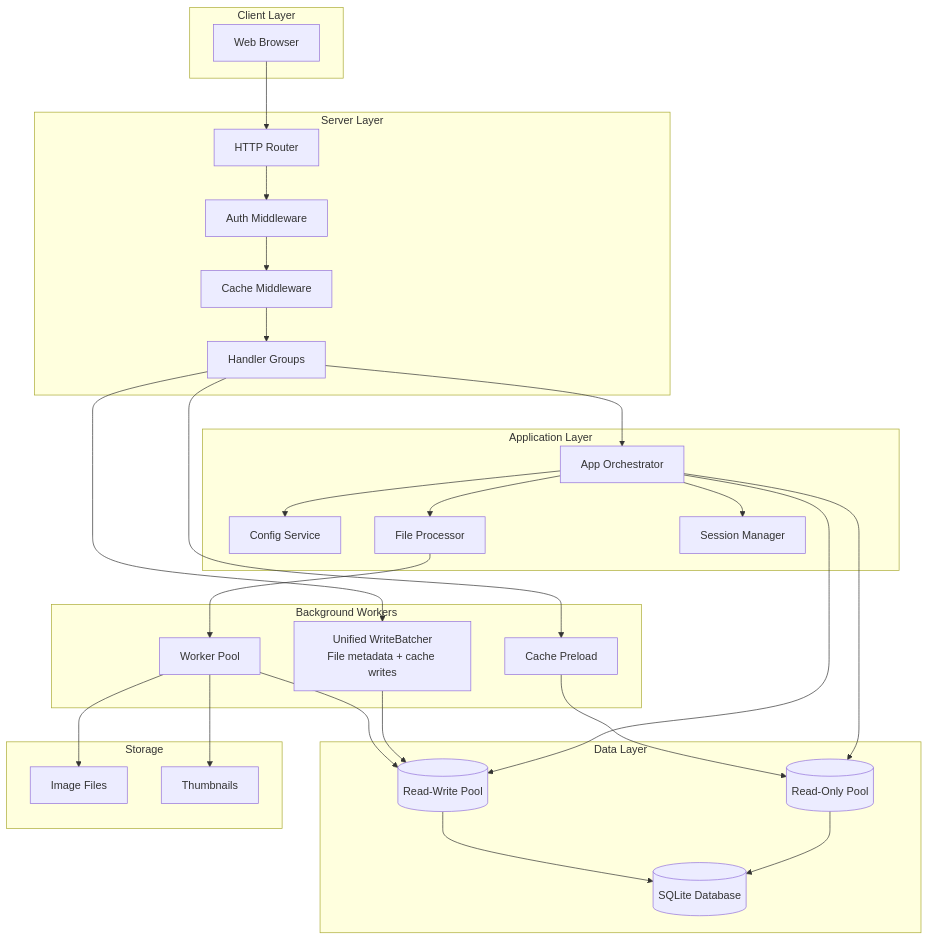
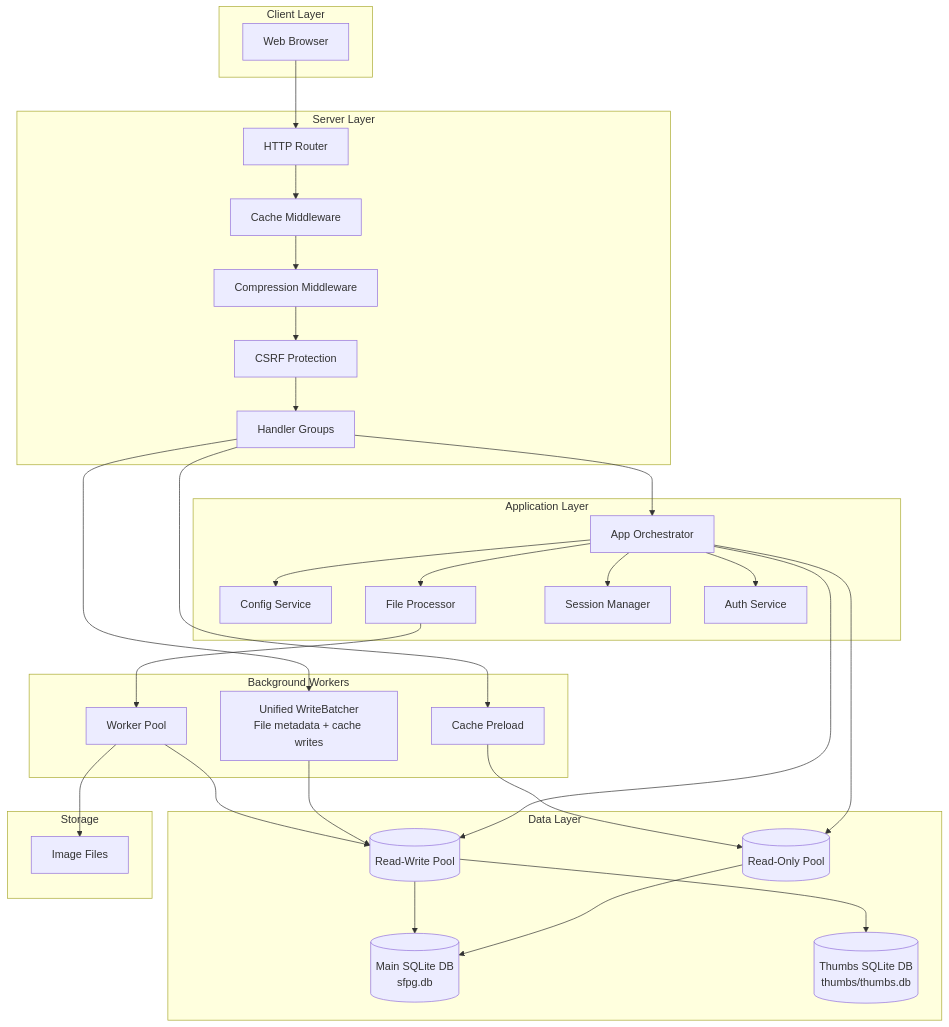
One commit to lbe/sfpg-go changed the first of 9 diagrams in docs/diagrams/ARCHITECTURE_DIAGRAMS.md. Above: the diagram before and after it, drawn with Mermaid. The commit also changed other lines of this file and 180 other files, not shown here.

````diff
--- a/docs/diagrams/ARCHITECTURE_DIAGRAMS.md
+++ b/docs/diagrams/ARCHITECTURE_DIAGRAMS.md
@@ -25,62 +25,66 @@
 ```mermaid
 graph TB
     subgraph "Client Layer"
         Browser[Web Browser]
     end
 
     subgraph "Server Layer"
         Router[HTTP Router]
-        AuthMW[Auth Middleware]
         CacheMW[Cache Middleware]
+        CompressMW[Compression Middleware]
+        CSRFMW[CSRF Protection]
         Handlers[Handler Groups]
     end
 
     subgraph "Application Layer"
         App[App Orchestrator]
         ConfigSvc[Config Service]
         FileProc[File Processor]
         SessionMgr[Session Manager]
+        AuthSvc[Auth Service]
     end
 
     subgraph "Data Layer"
-        SQLite[(SQLite Database)]
+        MainDB[(Main SQLite DB<br/>sfpg.db)]
+        ThumbsDB[(Thumbs SQLite DB<br/>thumbs/thumbs.db)]
         ROConn[(Read-Only Pool)]
         RWConn[(Read-Write Pool)]
     end
 
     subgraph "Background Workers"
         Pool[Worker Pool]
         WriteBatcher[Unified WriteBatcher<br/>File metadata + cache writes]
         Preload[Cache Preload]
     end
 
     subgraph "Storage"
         FileSystem[Image Files]
-        Thumbnails[Thumbnails]
     end
 
     Browser --> Router
-    Router --> AuthMW
-    AuthMW --> CacheMW
-    CacheMW --> Handlers
+    Router --> CacheMW
+    CacheMW --> CompressMW
+    CompressMW --> CSRFMW
+    CSRFMW --> Handlers
 
     Handlers --> App
     App --> ConfigSvc
     App --> FileProc
     App --> SessionMgr
+    App --> AuthSvc
 
     App --> ROConn
     App --> RWConn
-    ROConn --> SQLite
-    RWConn --> SQLite
+    ROConn --> MainDB
+    RWConn --> MainDB
+    RWConn --> ThumbsDB
 
     Handlers --> WriteBatcher
     WriteBatcher --> RWConn
     Handlers --> Preload
     Preload --> ROConn
 
     FileProc --> Pool
     Pool --> FileSystem
-    Pool --> Thumbnails
     Pool --> RWConn
 ```
````
